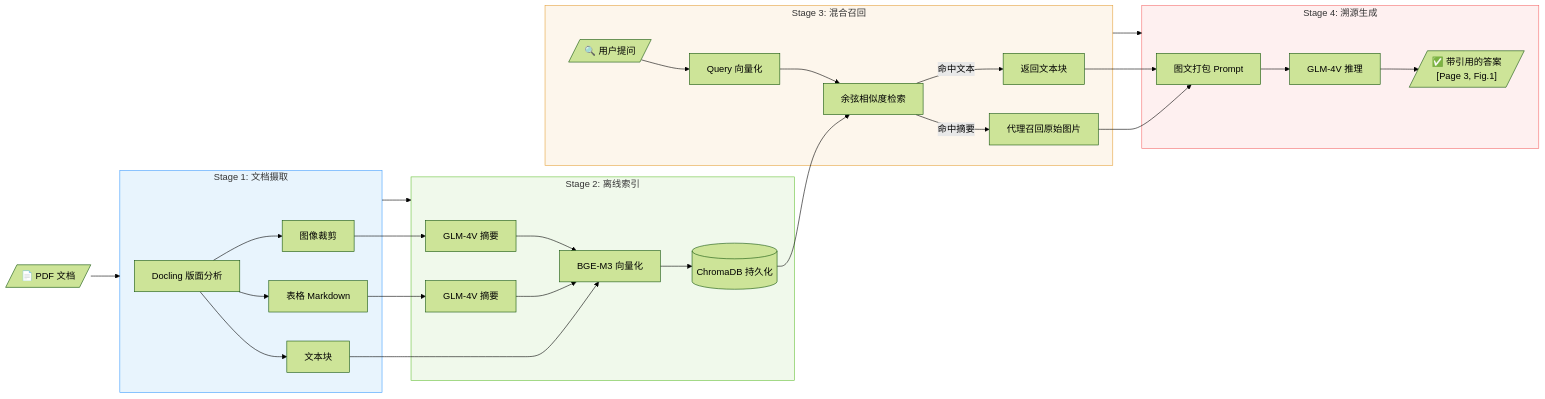
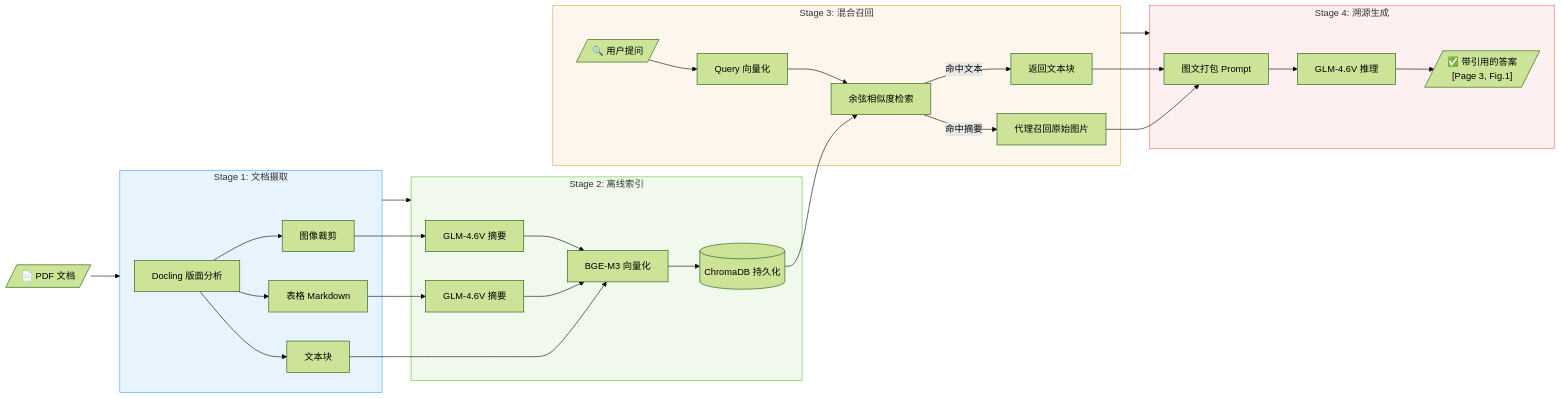
One commit to ZhuangShiHao1207/MultimodalQA changed the second of 3 diagrams in README.md. Above: the diagram before and after it, drawn with Mermaid (forest theme). The commit also changed other lines of this file, not shown here.

````diff
--- a/README.md
+++ b/README.md
@@ -130,40 +186,40 @@
 ```mermaid
 graph LR
     PDF[/"📄 PDF 文档"/] --> S1
 
     subgraph S1["Stage 1: 文档摄取"]
         Parse[Docling 版面分析] --> Text[文本块]
         Parse --> Table[表格 Markdown]
         Parse --> Image[图像裁剪]
     end
 
     subgraph S2["Stage 2: 离线索引"]
         Text --> Embed[BGE-M3 向量化]
-        Table --> VLM1[GLM-4V 摘要] --> Embed
-        Image --> VLM2[GLM-4V 摘要] --> Embed
+        Table --> VLM1[GLM-4.6V 摘要] --> Embed
+        Image --> VLM2[GLM-4.6V 摘要] --> Embed
         Embed --> Store[(ChromaDB 持久化)]
     end
 
     subgraph S3["Stage 3: 混合召回"]
         Query[/"🔍 用户提问"/] --> QEmbed[Query 向量化]
         QEmbed --> Search[余弦相似度检索]
         Store --> Search
         Search --> |命中摘要| Proxy[代理召回原始图片]
         Search --> |命中文本| TextChunk[返回文本块]
     end
 
     subgraph S4["Stage 4: 溯源生成"]
         Proxy --> Pack[图文打包 Prompt]
         TextChunk --> Pack
-        Pack --> Gen[GLM-4V 推理]
+        Pack --> Gen[GLM-4.6V 推理]
         Gen --> Answer[/"✅ 带引用的答案<br/>[Page 3, Fig.1]"/]
     end
 
     S1 --> S2
     S3 --> S4
 
     style S1 fill:#e8f4fd,stroke:#409eff
     style S2 fill:#f0f9eb,stroke:#67c23a
     style S3 fill:#fdf6ec,stroke:#e6a23c
     style S4 fill:#fef0f0,stroke:#f56c6c
 ```
````
